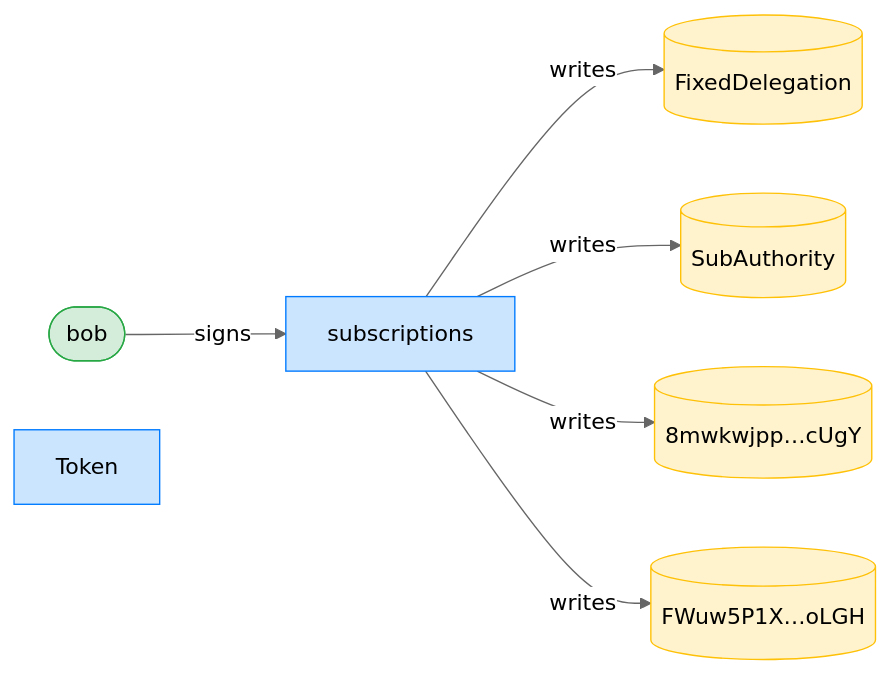
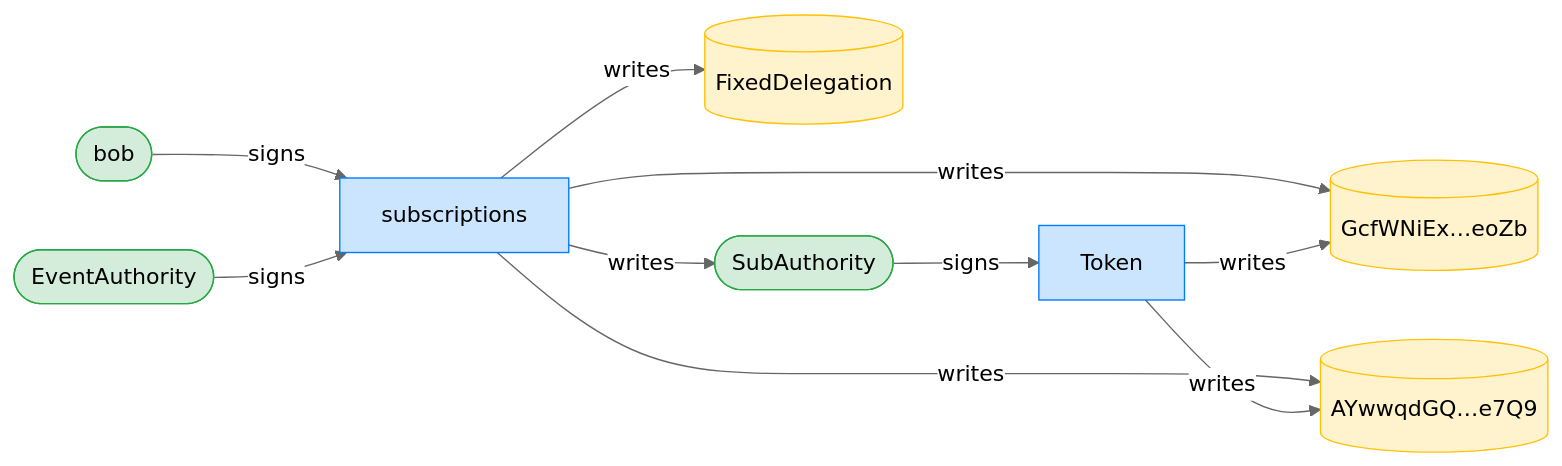
Before and after one commit to cds-rs/subscriptions: diagram 11 of 12 in dsl_tests/fixed-transfer-after-expiry-is-refused.md, drawn with Mermaid (neutral theme). The commit also changed other lines of this file and 224 other files, not shown here.

````diff
--- a/dsl_tests/fixed-transfer-after-expiry-is-refused.md
+++ b/dsl_tests/fixed-transfer-after-expiry-is-refused.md
@@ -211,18 +220,23 @@
 ```mermaid
 flowchart LR
     classDef signer fill:#d4edda,stroke:#28a745;
     classDef program fill:#cce5ff,stroke:#007bff;
     classDef writable fill:#fff3cd,stroke:#ffc107;
     subscriptions[subscriptions]:::program
     FixedDelegation[(FixedDelegation)]:::writable
-    SubAuthority[(SubAuthority)]:::writable
-    8mwkwjpp_cUgY[("8mwkwjpp…cUgY")]:::writable
-    FWuw5P1X_oLGH[("FWuw5P1X…oLGH")]:::writable
+    SubAuthority([SubAuthority]):::signer
+    GcfWNiEx_eoZb[("GcfWNiEx…eoZb")]:::writable
+    AYwwqdGQ_e7Q9[("AYwwqdGQ…e7Q9")]:::writable
     bob([bob]):::signer
     Token[Token]:::program
+    EventAuthority([EventAuthority]):::signer
     bob -->|signs| subscriptions
+    SubAuthority -->|signs| Token
+    EventAuthority -->|signs| subscriptions
     subscriptions -->|writes| FixedDelegation
     subscriptions -->|writes| SubAuthority
-    subscriptions -->|writes| 8mwkwjpp_cUgY
-    subscriptions -->|writes| FWuw5P1X_oLGH
+    subscriptions -->|writes| GcfWNiEx_eoZb
+    subscriptions -->|writes| AYwwqdGQ_e7Q9
+    Token -->|writes| GcfWNiEx_eoZb
+    Token -->|writes| AYwwqdGQ_e7Q9
 ```
````
